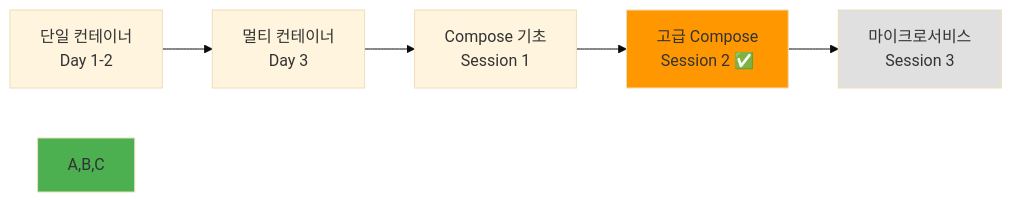
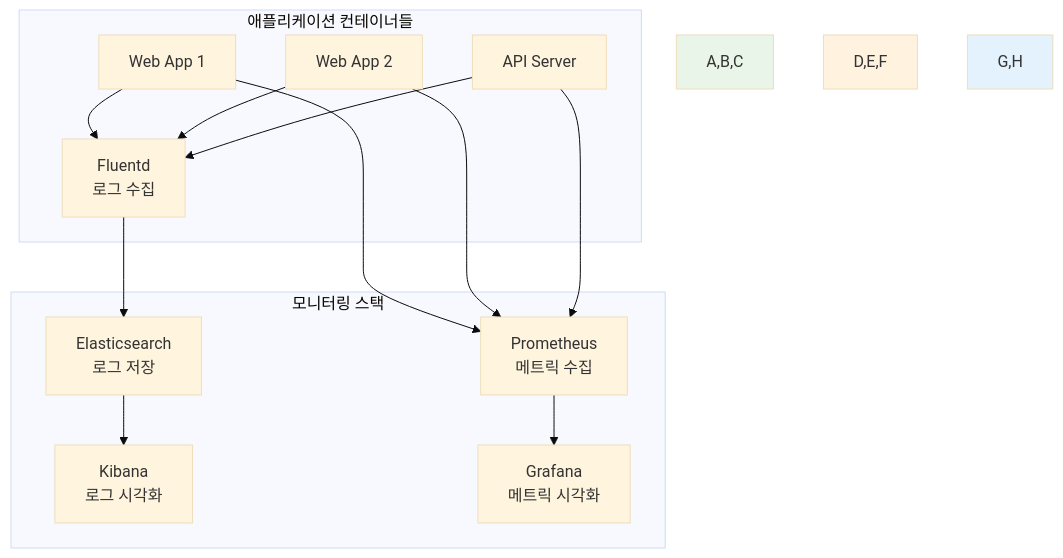
Before and after one commit to niceguy61/kdt_devops_lecture_2025: the third of 3 diagrams in theory/week_01/day4/session_2.md, drawn with Mermaid (base theme). The commit also changed other lines of this file and 26 other files, not shown here.

````diff
--- a/theory/week_01/day4/session_2.md
+++ b/theory/week_01/day4/session_2.md
@@ -477,11 +119,22 @@
 ```mermaid
-graph LR
-    A[단일 컨테이너<br/>Day 1-2] --> B[멀티 컨테이너<br/>Day 3]
-    B --> C[Compose 기초<br/>Session 1]
-    C --> D[고급 Compose<br/>Session 2 ✅]
-    D --> E[마이크로서비스<br/>Session 3]
+graph TB
+    subgraph "애플리케이션 컨테이너들"
+        A[Web App 1] --> D[Fluentd<br/>로그 수집]
+        B[Web App 2] --> D
+        C[API Server] --> D
+    end
     
-    style A,B,C fill:#4caf50
-    style D fill:#ff9800
-    style E fill:#e0e0e0
+    subgraph "모니터링 스택"
+        D --> E[Elasticsearch<br/>로그 저장]
+        E --> F[Kibana<br/>로그 시각화]
+        
+        A --> G[Prometheus<br/>메트릭 수집]
+        B --> G
+        C --> G
+        G --> H[Grafana<br/>메트릭 시각화]
+    end
+    
+    style A,B,C fill:#e8f5e8
+    style D,E,F fill:#fff3e0
+    style G,H fill:#e3f2fd
 ```
````
